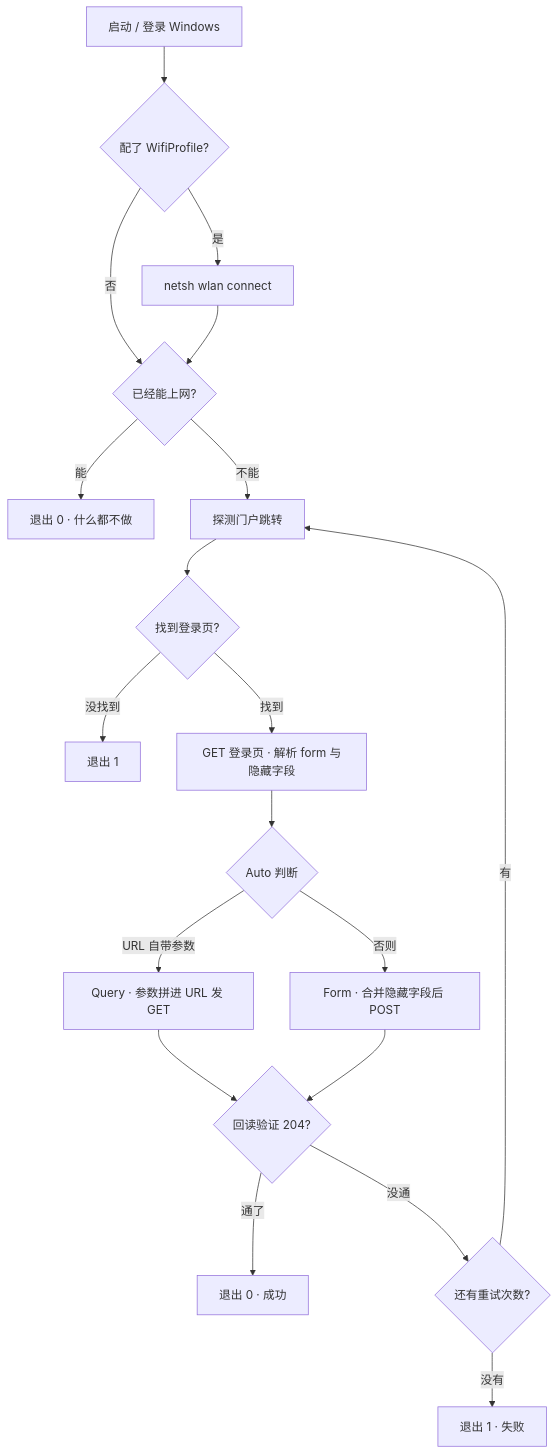
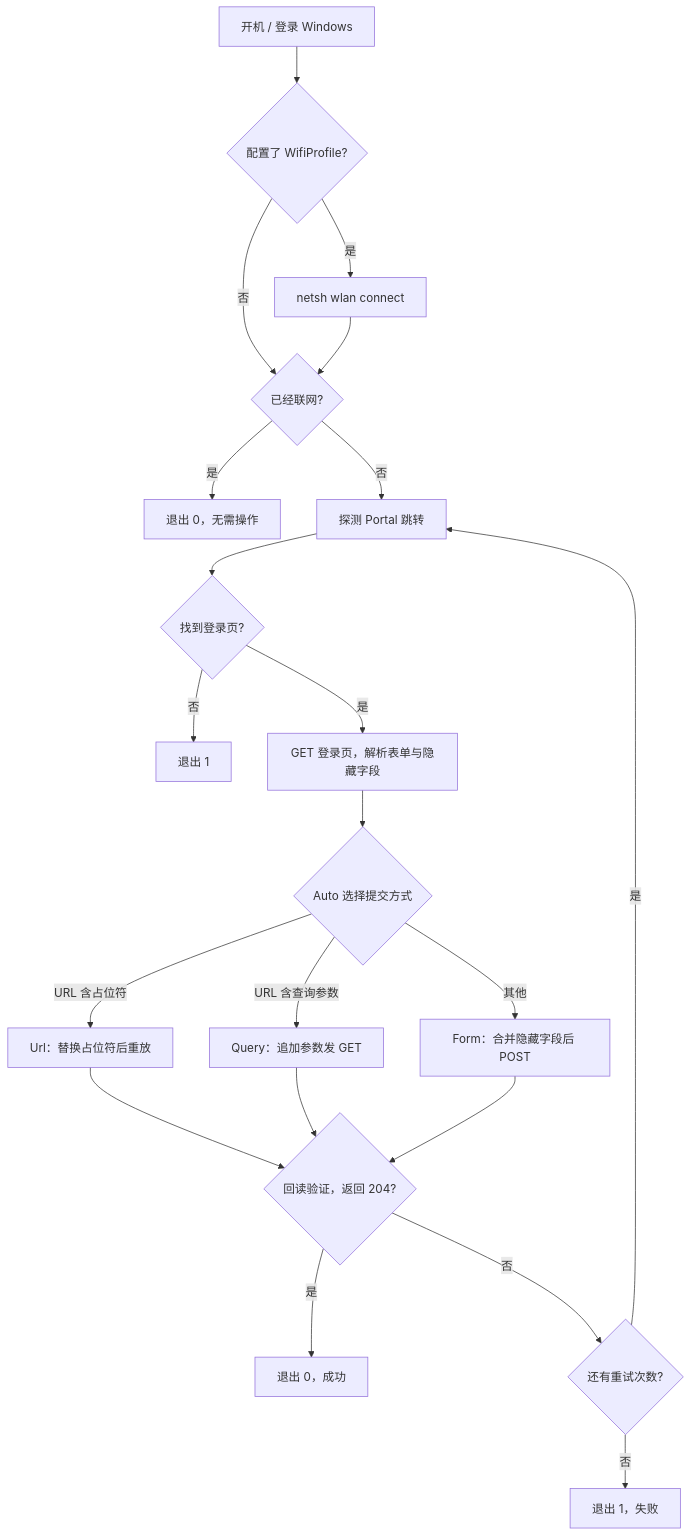
Before and after one commit to sixrg7734/ccsu-campus-network-login: the diagram in README.md, drawn with Mermaid. The commit also changed other lines of this file, not shown here.

````diff
--- a/README.md
+++ b/README.md
@@ -83,21 +103,23 @@
 ```mermaid
 flowchart TD
-    A["启动 / 登录 Windows"] --> B{"配了 WifiProfile?"}
+    A["开机 / 登录 Windows"] --> B{"配置了 WifiProfile?"}
     B -->|"是"| C["netsh wlan connect"]
-    B -->|"否"| D
-    C --> D{"已经能上网?"}
-    D -->|"能"| E["退出 0 · 什么都不做"]
-    D -->|"不能"| F["探测门户跳转"]
+    B -->|"否"| D{"已经联网?"}
+    C --> D
+    D -->|"是"| E["退出 0，无需操作"]
+    D -->|"否"| F["探测 Portal 跳转"]
     F --> G{"找到登录页?"}
-    G -->|"没找到"| H["退出 1"]
-    G -->|"找到"| I["GET 登录页 · 解析 form 与隐藏字段"]
-    I --> J{"Auto 判断"}
-    J -->|"URL 自带参数"| K["Query · 参数拼进 URL 发 GET"]
-    J -->|"否则"| L["Form · 合并隐藏字段后 POST"]
-    K --> M
-    L --> M{"回读验证 204?"}
-    M -->|"通了"| N["退出 0 · 成功"]
-    M -->|"没通"| O{"还有重试次数?"}
-    O -->|"有"| F
-    O -->|"没有"| P["退出 1 · 失败"]
+    G -->|"否"| H["退出 1"]
+    G -->|"是"| I["GET 登录页，解析表单与隐藏字段"]
+    I --> J{"Auto 选择提交方式"}
+    J -->|"URL 含占位符"| K["Url：替换占位符后重放"]
+    J -->|"URL 含查询参数"| L["Query：追加参数发 GET"]
+    J -->|"其他"| M["Form：合并隐藏字段后 POST"]
+    K --> N
+    L --> N
+    M --> N{"回读验证，返回 204?"}
+    N -->|"是"| O["退出 0，成功"]
+    N -->|"否"| P{"还有重试次数?"}
+    P -->|"是"| F
+    P -->|"否"| Q["退出 1，失败"]
 ```
````
